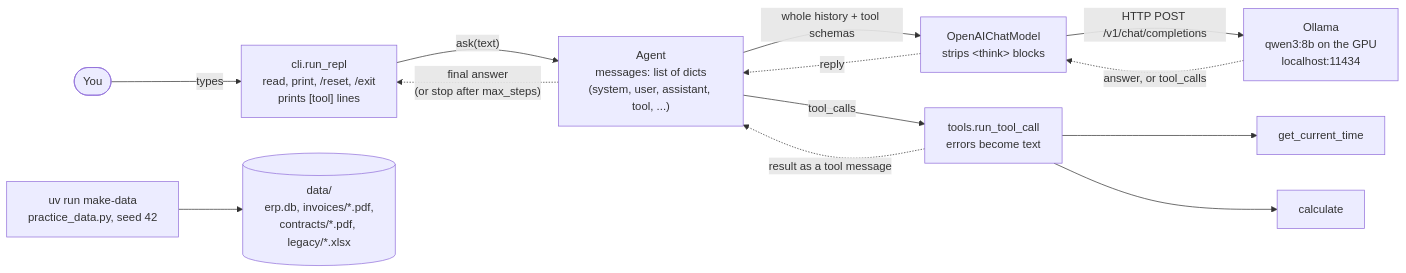
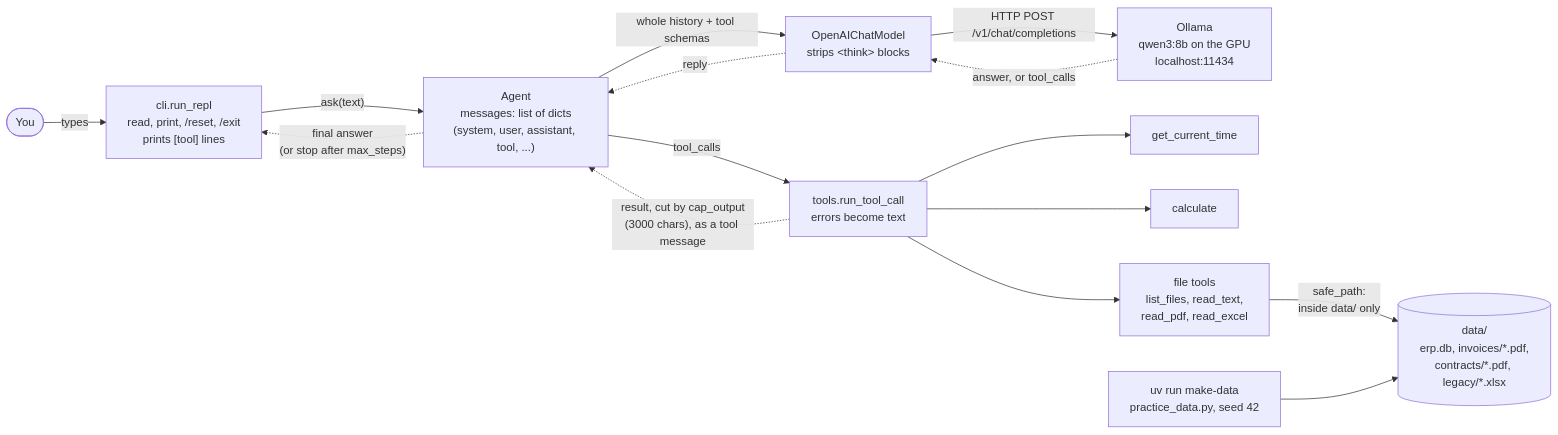
Before and after one commit to abilalakin/agent-harness-from-scratch: the diagram in docs/architecture.md, drawn with Mermaid. The commit also changed other lines of this file and 7 other files, not shown here.

Commit message:
feat: add file tools locked to the data folder

````diff
--- a/docs/architecture.md
+++ b/docs/architecture.md
@@ -5,16 +5,18 @@
 ```mermaid
 flowchart LR
     User([You]) -- types --> CLI["cli.run_repl<br/>read, print, /reset, /exit<br/>prints [tool] lines"]
     CLI -- "ask(text)" --> Agent["Agent<br/>messages: list of dicts<br/>(system, user, assistant, tool, ...)"]
     Agent -- "whole history + tool schemas" --> Model["OpenAIChatModel<br/>strips &lt;think&gt; blocks"]
     Model -- "HTTP POST /v1/chat/completions" --> Ollama["Ollama<br/>qwen3:8b on the GPU<br/>localhost:11434"]
     Ollama -. "answer, or tool_calls" .-> Model
     Model -. reply .-> Agent
     Agent -- "tool_calls" --> Runner["tools.run_tool_call<br/>errors become text"]
     Runner --> T1[get_current_time]
     Runner --> T2[calculate]
-    Runner -. "result as a tool message" .-> Agent
+    Runner --> FT["file tools<br/>list_files, read_text,<br/>read_pdf, read_excel"]
+    FT -- "safe_path:<br/>inside data/ only" --> Data
+    Runner -. "result, cut by cap_output<br/>(3000 chars), as a tool message" .-> Agent
     Agent -. "final answer<br/>(or stop after max_steps)" .-> CLI
 
     MakeData["uv run make-data<br/>practice_data.py, seed 42"] --> Data[("data/<br/>erp.db, invoices/*.pdf,<br/>contracts/*.pdf, legacy/*.xlsx")]
 ```
````
